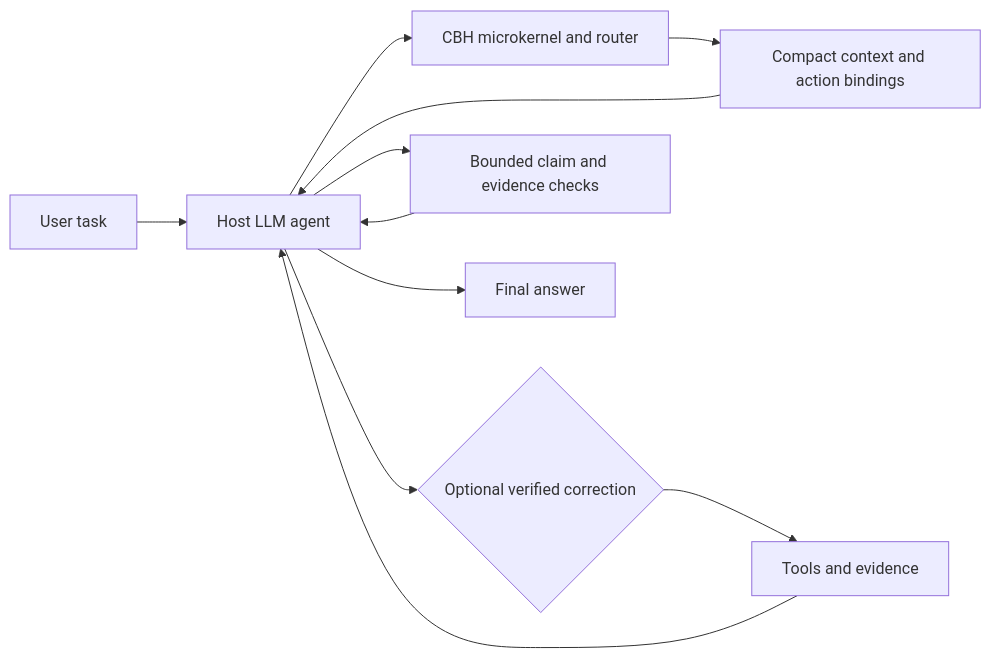
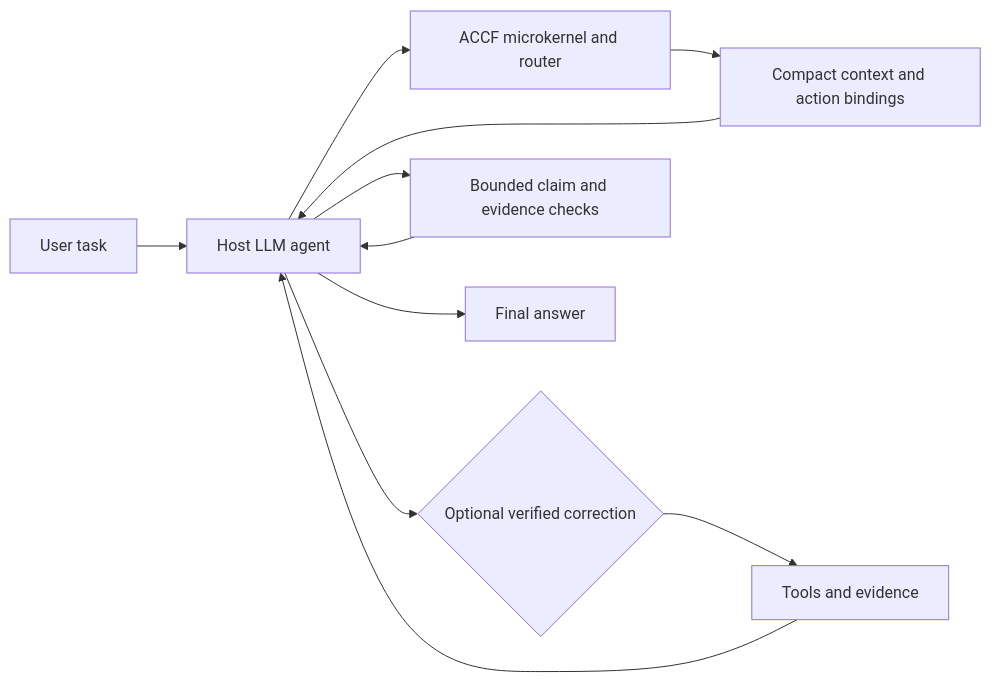
The diagram in README.md (qimen039-code/agent-memory-lane-harness), drawn with Mermaid before and after one commit. The commit also changed other lines of this file and 70 other files, not shown here.

````diff
--- a/README.md
+++ b/README.md
@@ -248,13 +241,13 @@
 ```mermaid
 flowchart LR
     U[User task] --> A[Host LLM agent]
-    A --> R[CBH microkernel and router]
+    A --> R[ACCF microkernel and router]
     R --> C[Compact context and action bindings]
     C --> A
     A --> H{Optional verified correction}
     H --> T[Tools and evidence]
     T --> A
     A --> V[Bounded claim and evidence checks]
     V --> A
     A --> F[Final answer]
 ```
````
